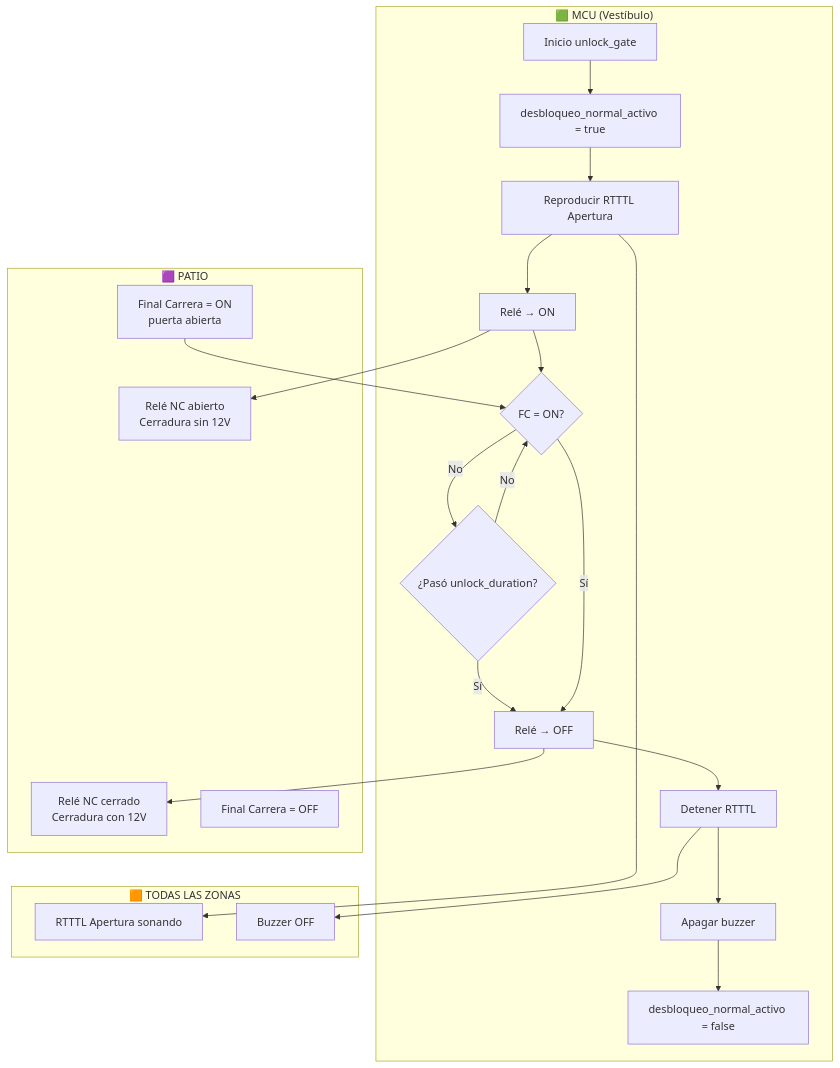
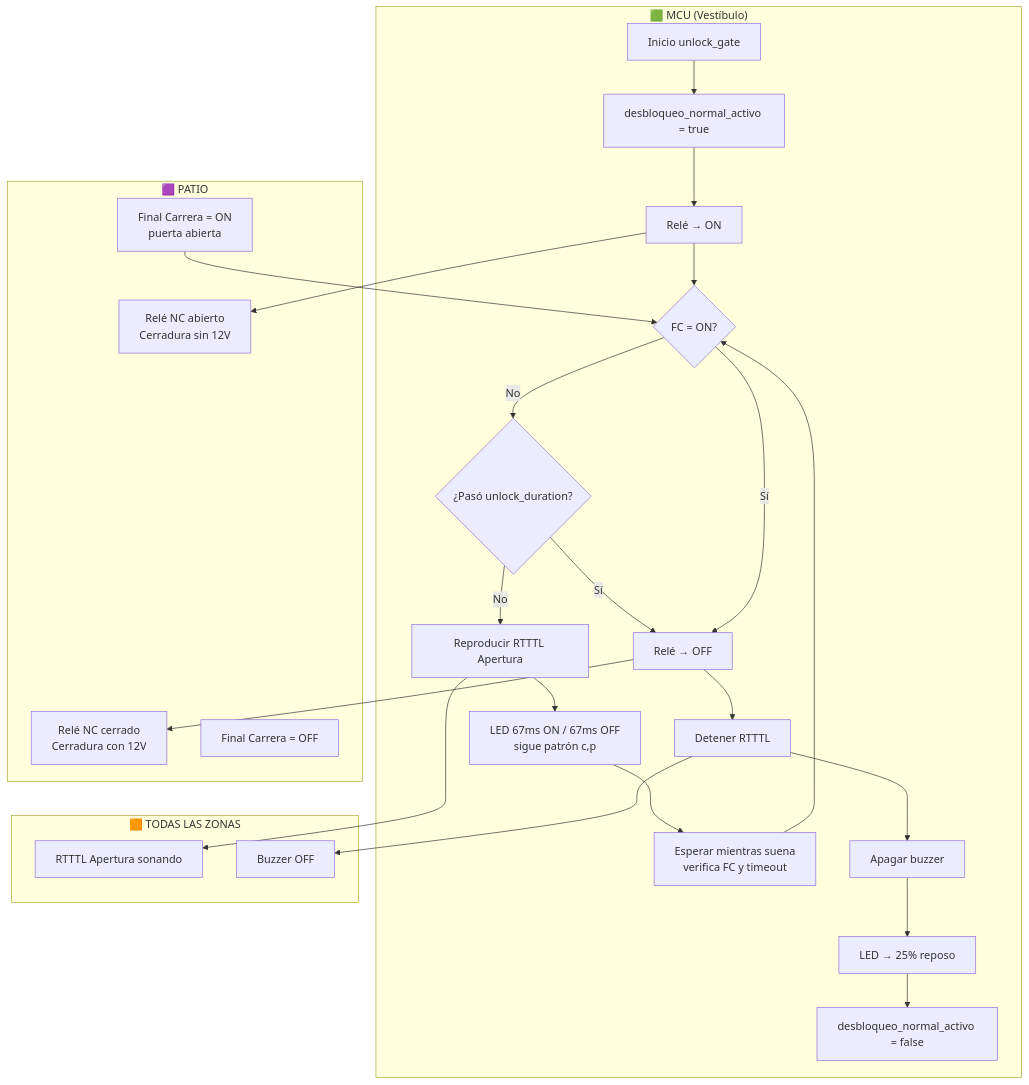
The ninth of 10 diagrams in SYSTEM_DEFINITION.md (abelbour/Abrepuertas), drawn with Mermaid before and after one commit. The commit also changed other lines of this file and 1 other file, not shown here.

First line of the commit message:
LED sincronizado con melodías en apertura y emergencia

````diff
--- a/SYSTEM_DEFINITION.md
+++ b/SYSTEM_DEFINITION.md
@@ -562,35 +566,38 @@
 ```mermaid
 flowchart TD
     subgraph MCU["🟩 MCU (Vestíbulo)"]
         START[Inicio unlock_gate]
         START --> FLAG[desbloqueo_normal_activo = true]
-        FLAG --> RTTTL[Reproducir RTTTL Apertura]
-        RTTTL --> RELAY_ON[Relé → ON]
+        FLAG --> RELAY_ON[Relé → ON]
         RELAY_ON --> LOOP{FC = ON?}
         LOOP -- No --> TIMEOUT{"¿Pasó unlock_duration?"}
-        TIMEOUT -- No --> LOOP
+        TIMEOUT -- No --> RTTTL[Reproducir RTTTL Apertura]
+        RTTTL --> LEDSEQ[LED 67ms ON / 67ms OFF<br/>sigue patrón c,p]
+        LEDSEQ --> WAIT[Esperar mientras suena<br/>verifica FC y timeout]
+        WAIT --> LOOP
         TIMEOUT -- Sí --> RELAY_OFF[Relé → OFF]
         LOOP -- Sí --> RELAY_OFF
         RELAY_OFF --> STOP[Detener RTTTL]
         STOP --> BUZZ_OFF[Apagar buzzer]
-        BUZZ_OFF --> UNFLAG[desbloqueo_normal_activo = false]
+        BUZZ_OFF --> LEDREPO[LED → 25% reposo]
+        LEDREPO --> UNFLAG[desbloqueo_normal_activo = false]
     end
 
     subgraph LOCK["🟪 PATIO"]
         RELE[Relé NC abierto<br/>Cerradura sin 12V]
         RELE2[Relé NC cerrado<br/>Cerradura con 12V]
         FC[Final Carrera = ON<br/>puerta abierta]
         FC_OFF[Final Carrera = OFF]
     end
 
     subgraph PAN["🟧 TODAS LAS ZONAS"]
         BEEP[RTTTL Apertura sonando]
         SILENCIO[Buzzer OFF]
     end
 
     RELAY_ON --> RELE
     RELAY_OFF --> RELE2
     FC --> LOOP
     RTTTL --> BEEP
     STOP --> SILENCIO
 ```
````
